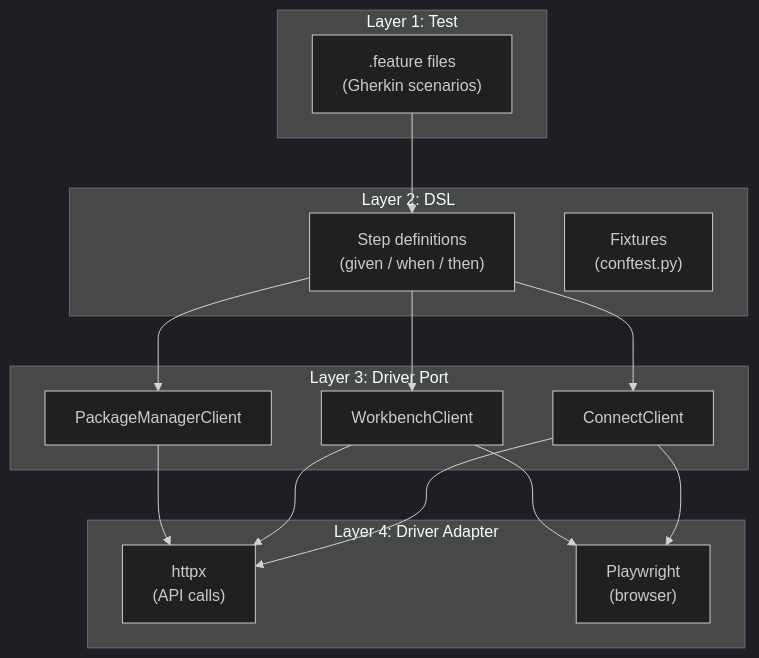
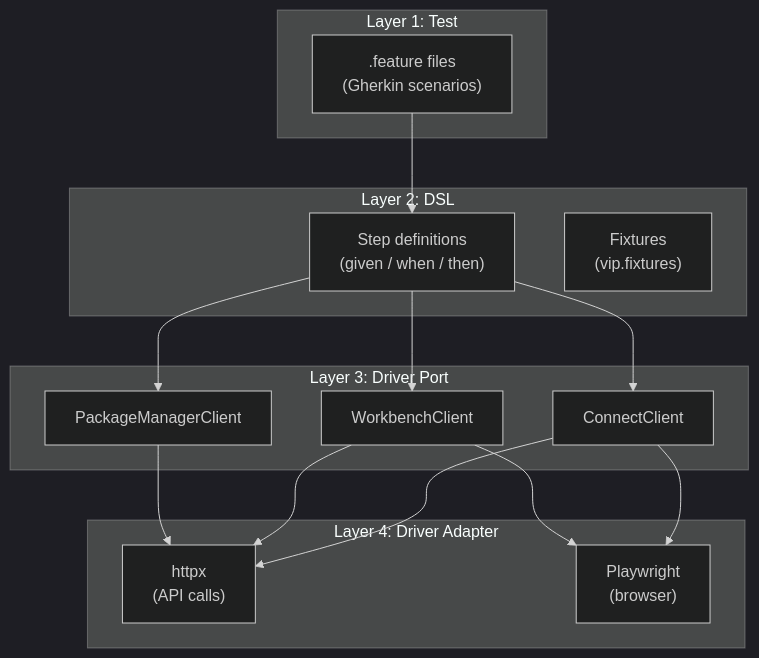
The diagram in docs/test-architecture.md (posit-dev/vip), drawn with Mermaid (dark theme) before and after one commit. The commit also changed other lines of this file and 9 other files, not shown here.

Commit message:
fix(extensions): make VIP core fixtures visible to extension directories (#610)

````diff
--- a/docs/test-architecture.md
+++ b/docs/test-architecture.md
@@ -14,34 +14,34 @@
 ```mermaid
 graph TD
     subgraph "Layer 1: Test"
         F[".feature files<br/>(Gherkin scenarios)"]
     end
 
     subgraph "Layer 2: DSL"
         S["Step definitions<br/>(given / when / then)"]
-        FX["Fixtures<br/>(conftest.py)"]
+        FX["Fixtures<br/>(vip.fixtures)"]
         S
         FX
     end
 
     subgraph "Layer 3: Driver Port"
         CC["ConnectClient"]
         WC["WorkbenchClient"]
         PC["PackageManagerClient"]
     end
 
     subgraph "Layer 4: Driver Adapter"
         API["httpx<br/>(API calls)"]
         UI["Playwright<br/>(browser)"]
     end
 
     F --> S
     S --> CC
     S --> WC
     S --> PC
     CC --> API
     CC --> UI
     WC --> API
     WC --> UI
     PC --> API
 ```
````
